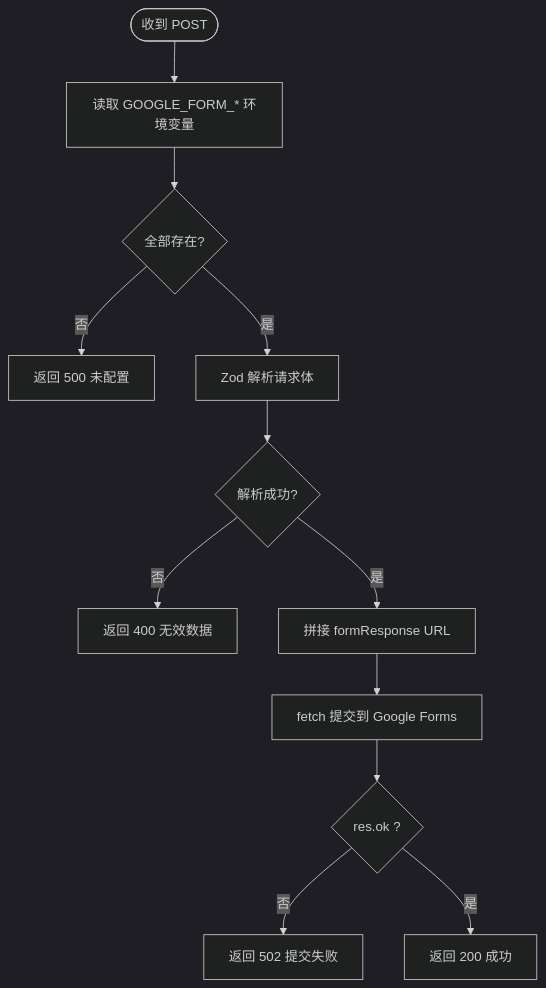
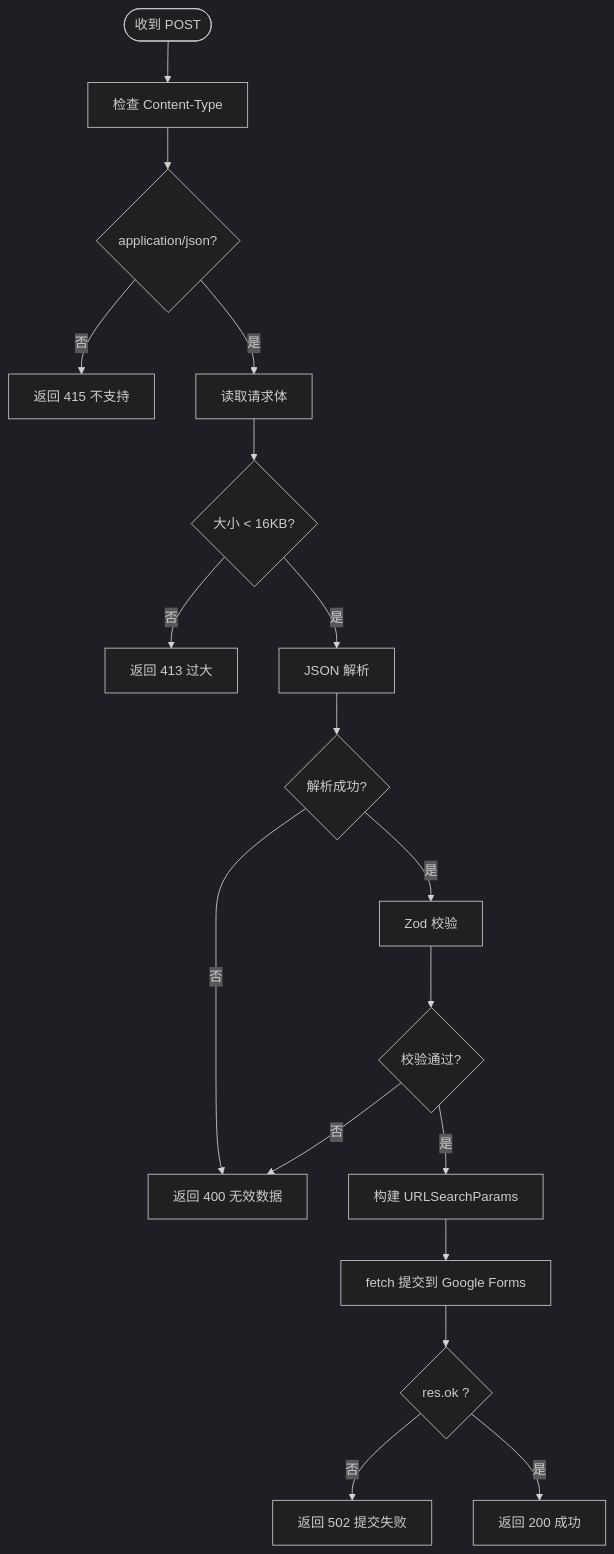
One commit to florianjsun/next-portfolio changed the fourth of 5 diagrams in .qoder/repowiki/zh/content/核心功能模块/联系表单系统.md. Above: the diagram before and after it, drawn with Mermaid (dark theme). The commit also changed other lines of this file and 49 other files, not shown here.

````diff
--- a/.qoder/repowiki/zh/content/核心功能模块/联系表单系统.md
+++ b/.qoder/repowiki/zh/content/核心功能模块/联系表单系统.md
@@ -159,14 +179,20 @@
 ```mermaid
 flowchart TD
-S(["收到 POST"]) --> ReadEnv["读取 GOOGLE_FORM_* 环境变量"]
-ReadEnv --> EnvOK{"全部存在?"}
-EnvOK -- 否 --> Err500["返回 500 未配置"]
-EnvOK -- 是 --> Parse["Zod 解析请求体"]
+S(["收到 POST"]) --> CheckType["检查 Content-Type"]
+CheckType --> TypeOK{"application/json?"}
+TypeOK -- 否 --> Err415["返回 415 不支持"]
+TypeOK -- 是 --> ReadBody["读取请求体"]
+ReadBody --> BodyOK{"大小 < 16KB?"}
+BodyOK -- 否 --> Err413["返回 413 过大"]
+BodyOK -- 是 --> Parse["JSON 解析"]
 Parse --> Parsed{"解析成功?"}
 Parsed -- 否 --> Err400["返回 400 无效数据"]
-Parsed -- 是 --> BuildURL["拼接 formResponse URL"]
-BuildURL --> CallGF["fetch 提交到 Google Forms"]
+Parsed -- 是 --> Validate["Zod 校验"]
+Validate --> Valid{"校验通过?"}
+Valid -- 否 --> Err400
+Valid -- 是 --> BuildParams["构建 URLSearchParams"]
+BuildParams --> CallGF["fetch 提交到 Google Forms"]
 CallGF --> GFRes{"res.ok ?"}
 GFRes -- 否 --> Err502["返回 502 提交失败"]
 GFRes -- 是 --> Ok["返回 200 成功"]
 ```
````
